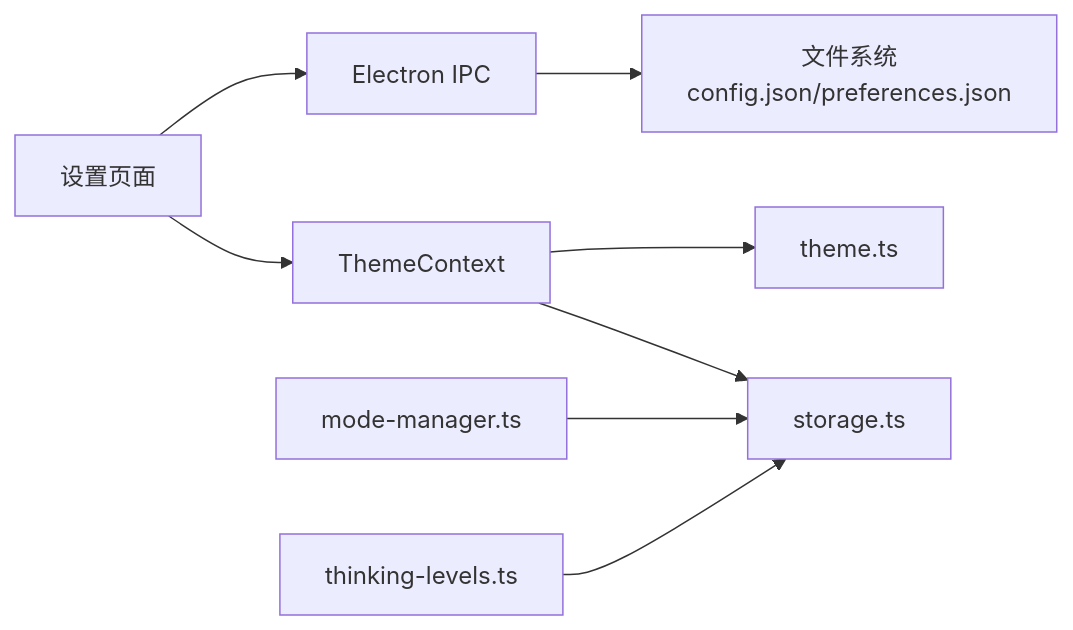
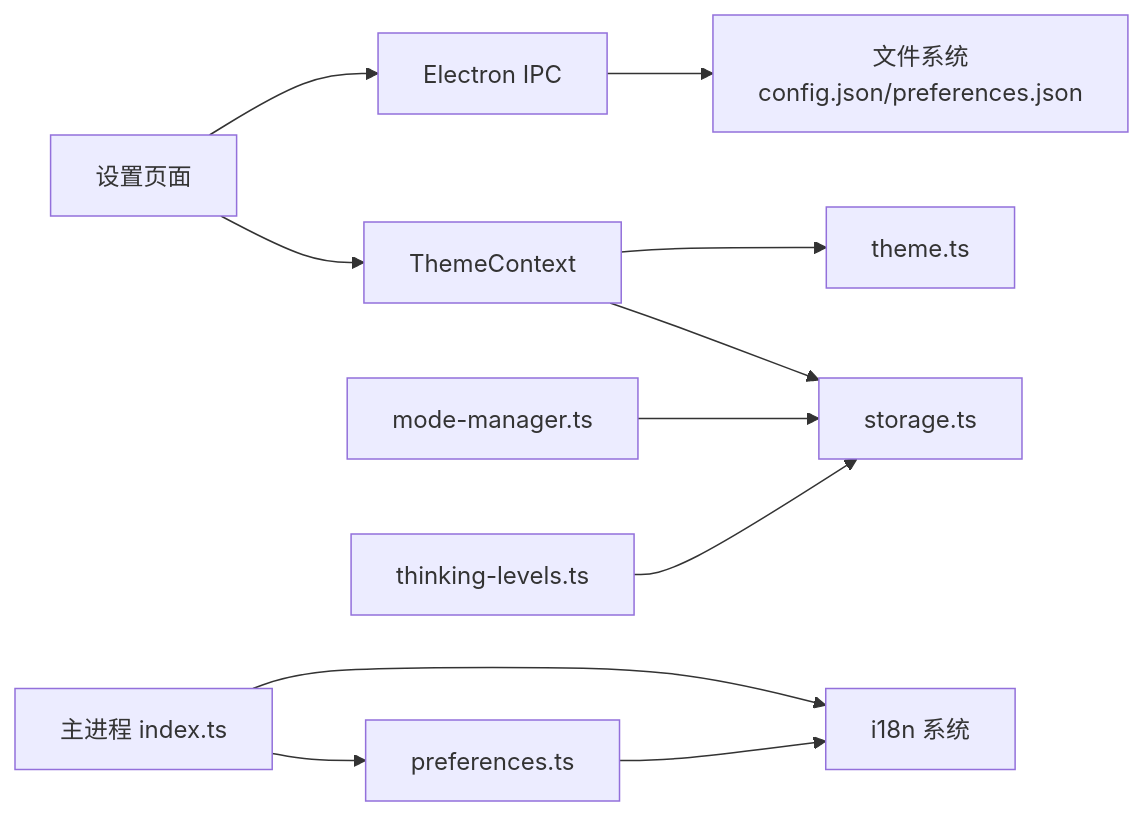
One commit to haolange/craft-agents-oss changed the tenth of 10 diagrams in .qoder/repowiki/zh/content/配置和设置/用户偏好设置.md. Above: the diagram before and after it, drawn with Mermaid. The commit also changed other lines of this file and 5 other files, not shown here.

````diff
--- a/.qoder/repowiki/zh/content/配置和设置/用户偏好设置.md
+++ b/.qoder/repowiki/zh/content/配置和设置/用户偏好设置.md
@@ -376,10 +453,13 @@
 ```mermaid
 graph LR
 UI["设置页面"] --> IPC["Electron IPC"]
 IPC --> FS["文件系统<br/>config.json/preferences.json"]
 UI --> THEME["ThemeContext"]
 THEME --> THEME_TS["theme.ts"]
 THEME --> STORAGE_TS["storage.ts"]
 MODE["mode-manager.ts"] --> STORAGE_TS
 THINK["thinking-levels.ts"] --> STORAGE_TS
+MAIN["主进程 index.ts"] --> PREFS["preferences.ts"]
+MAIN --> I18N["i18n 系统"]
+PREFS --> I18N
 ```
````
